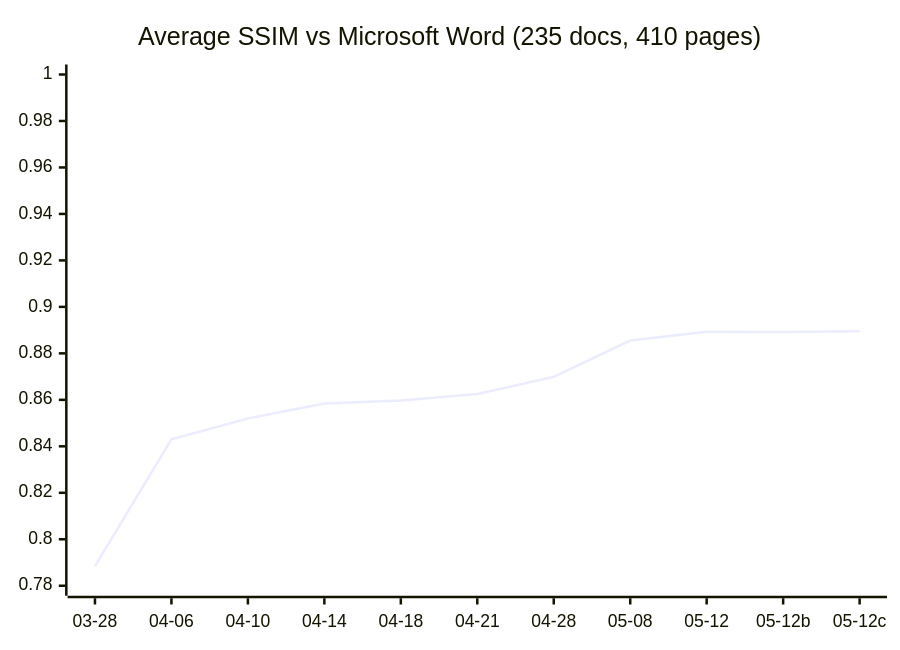
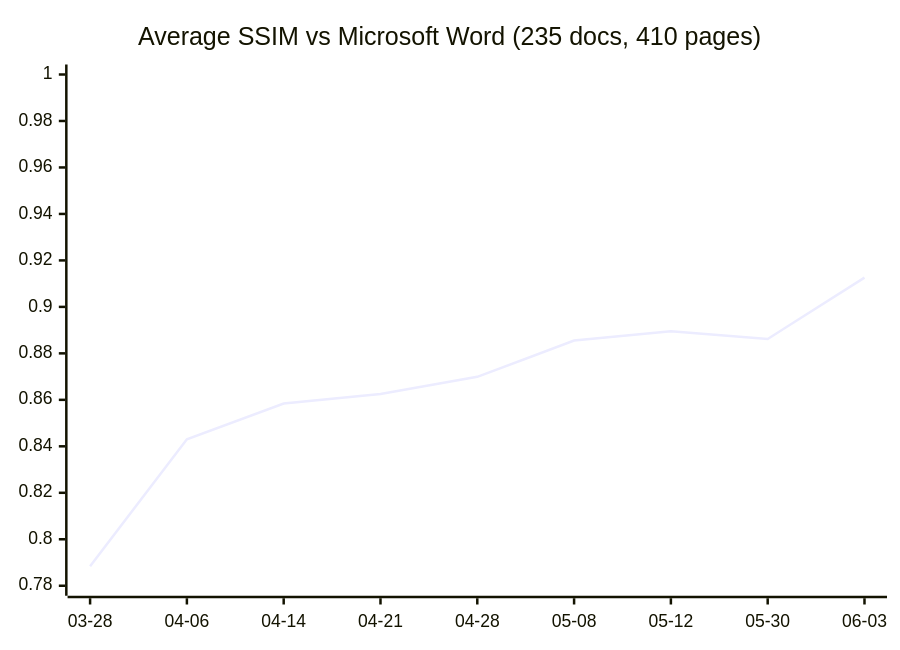
Before and after one commit to Ryujiyasu/oxi: the diagram in README.md, drawn with Mermaid. The commit also changed other lines of this file, not shown here.

````diff
--- a/README.md
+++ b/README.md
@@ -213,7 +213,7 @@
 ```mermaid
 xychart-beta
   title "Average SSIM vs Microsoft Word (235 docs, 410 pages)"
-  x-axis ["03-28", "04-06", "04-10", "04-14", "04-18", "04-21", "04-28", "05-08", "05-12", "05-12b", "05-12c"]
+  x-axis ["03-28", "04-06", "04-14", "04-21", "04-28", "05-08", "05-12", "05-30", "06-03"]
   y-axis 0.78 --> 1.0
-  line [0.7884, 0.8430, 0.8520, 0.8584, 0.8597, 0.8625, 0.8699, 0.8855, 0.8893, 0.8892, 0.8895]
+  line [0.7884, 0.8430, 0.8584, 0.8625, 0.8699, 0.8855, 0.8895, 0.8862, 0.9126]
 ```
````
